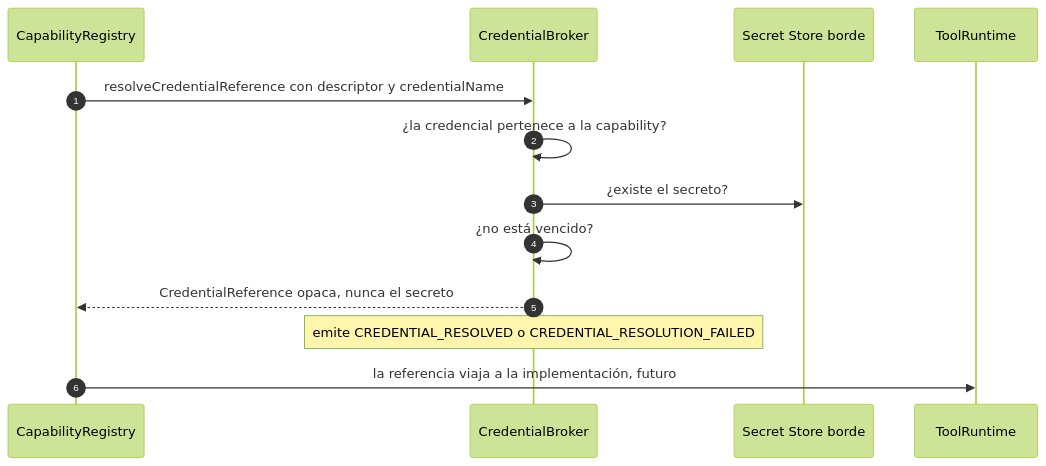
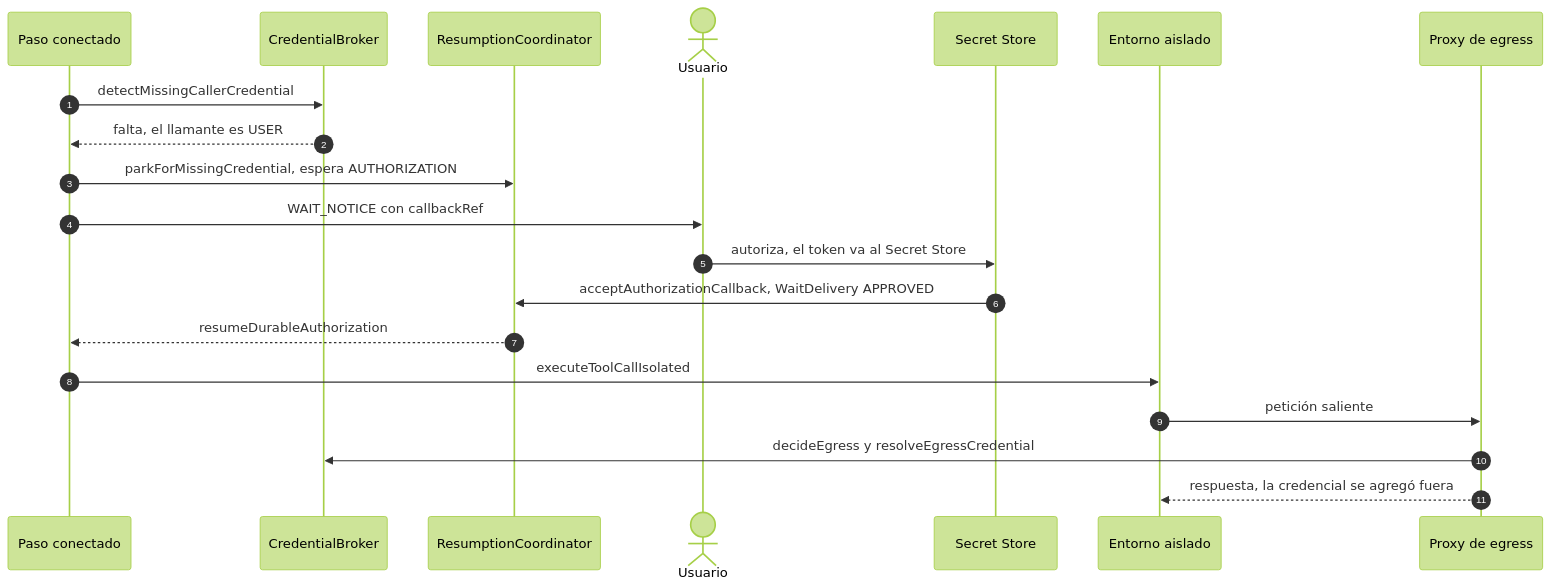
Before and after one commit to aaramirez/arnes-ai: the third of 10 diagrams in docs/diagramas/book-harness/BH-10-Flujos-Empresariales.md, drawn with Mermaid (forest theme). The commit also changed other lines of this file and 52 other files, not shown here.

````diff
--- a/docs/diagramas/book-harness/BH-10-Flujos-Empresariales.md
+++ b/docs/diagramas/book-harness/BH-10-Flujos-Empresariales.md
@@ -148,16 +170,23 @@
 ```mermaid
 sequenceDiagram
   autonumber
-  participant CR as CapabilityRegistry
+  participant F as Paso conectado
   participant CB as CredentialBroker
-  participant SS as Secret Store borde
-  participant TR as ToolRuntime
+  participant RC as ResumptionCoordinator
+  actor U as Usuario
+  participant SS as Secret Store
+  participant IEE as Entorno aislado
+  participant PX as Proxy de egress
 
-  CR->>CB: resolveCredentialReference con descriptor y credentialName
-  CB->>CB: ¿la credencial pertenece a la capability?
-  CB->>SS: ¿existe el secreto?
-  CB->>CB: ¿no está vencido?
-  CB-->>CR: CredentialReference opaca, nunca el secreto
-  Note over CB: emite CREDENTIAL_RESOLVED o CREDENTIAL_RESOLUTION_FAILED
-  CR->>TR: la referencia viaja a la implementación, futuro
+  F->>CB: detectMissingCallerCredential
+  CB-->>F: falta, el llamante es USER
+  F->>RC: parkForMissingCredential, espera AUTHORIZATION
+  F->>U: WAIT_NOTICE con callbackRef
+  U->>SS: autoriza, el token va al Secret Store
+  SS->>RC: acceptAuthorizationCallback, WaitDelivery APPROVED
+  RC-->>F: resumeDurableAuthorization
+  F->>IEE: executeToolCallIsolated
+  IEE->>PX: petición saliente
+  PX->>CB: decideEgress y resolveEgressCredential
+  PX-->>IEE: respuesta, la credencial se agregó fuera
 ```
````
